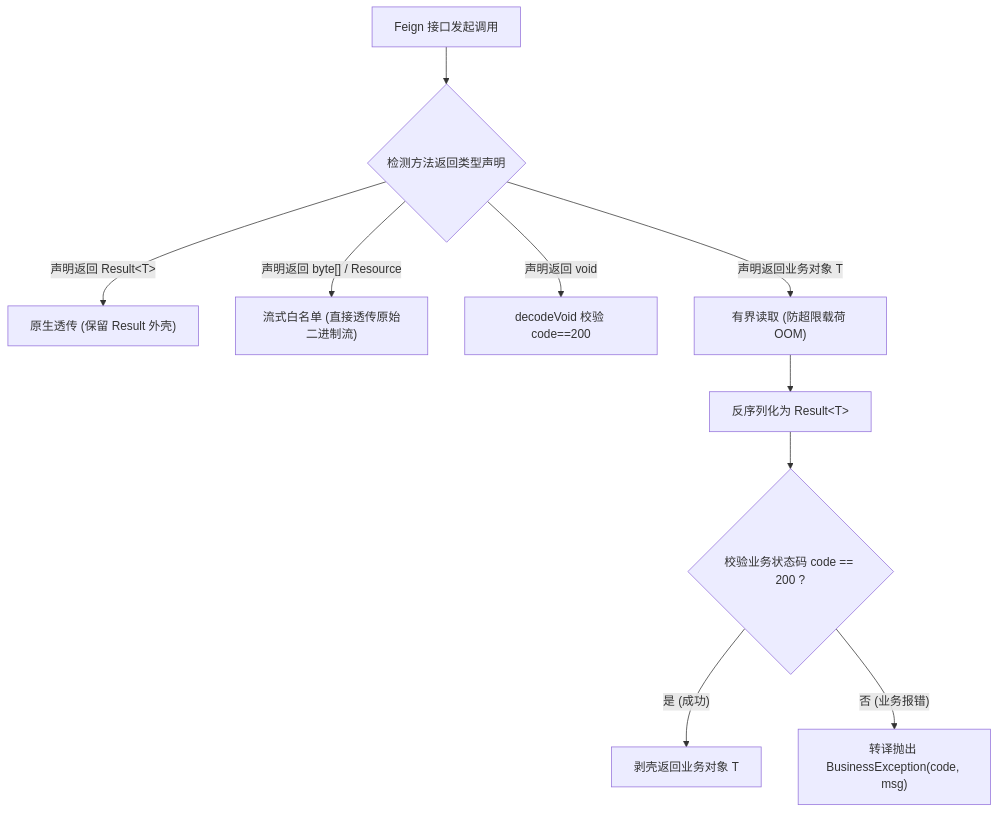
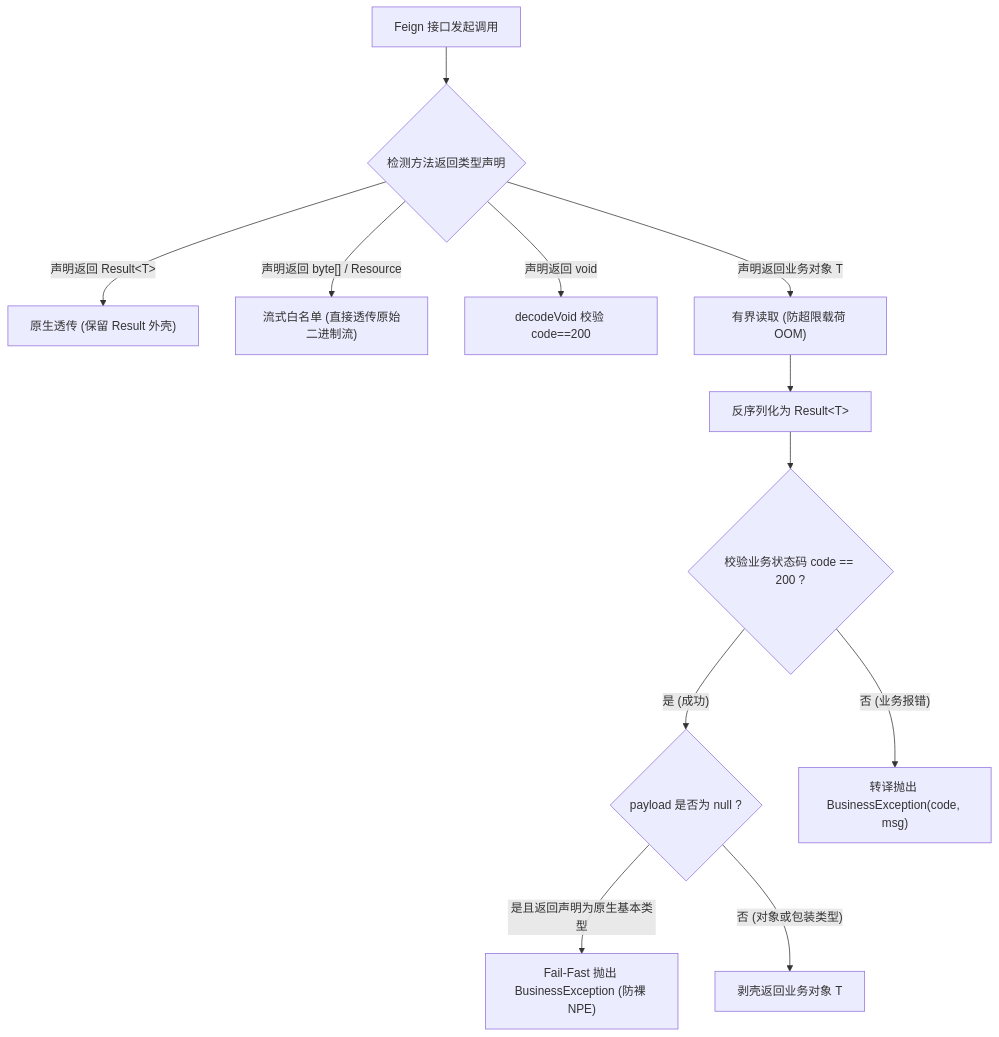
The diagram in ateng-cloud-feign/README.md (atengk/ateng-cloud), drawn with Mermaid before and after one commit. The commit also changed other lines of this file, not shown here.

````diff
--- a/ateng-cloud-feign/README.md
+++ b/ateng-cloud-feign/README.md
@@ -239,13 +279,15 @@
 ```mermaid
 flowchart TD
     Start["Feign 接口发起调用"] --> MethodSign{"检测方法返回类型声明"}
     MethodSign -- "声明返回 Result&lt;T&gt;" --> RawPassthrough["原生透传 (保留 Result 外壳)"]
     MethodSign -- "声明返回 byte[] / Resource" --> StreamDirect["流式白名单 (直接透传原始二进制流)"]
     MethodSign -- "声明返回 void" --> DecodeVoid["decodeVoid 校验 code==200"]
     MethodSign -- "声明返回业务对象 T" --> ReadBounded["有界读取 (防超限载荷 OOM)"]
 
     ReadBounded --> ParseResult["反序列化为 Result&lt;T&gt;"]
     ParseResult --> CheckCode{"校验业务状态码 code == 200 ?"}
-    CheckCode -- "是 (成功)" --> Unwrap["剥壳返回业务对象 T"]
+    CheckCode -- "是 (成功)" --> CheckNull{"payload 是否为 null ?"}
+    CheckNull -- "是且返回声明为原生基本类型" --> ThrowPrimitiveNull["Fail-Fast 抛出 BusinessException (防裸 NPE)"]
+    CheckNull -- "否 (对象或包装类型)" --> Unwrap["剥壳返回业务对象 T"]
     CheckCode -- "否 (业务报错)" --> ThrowBiz["转译抛出 BusinessException(code, msg)"]
 ```
````
